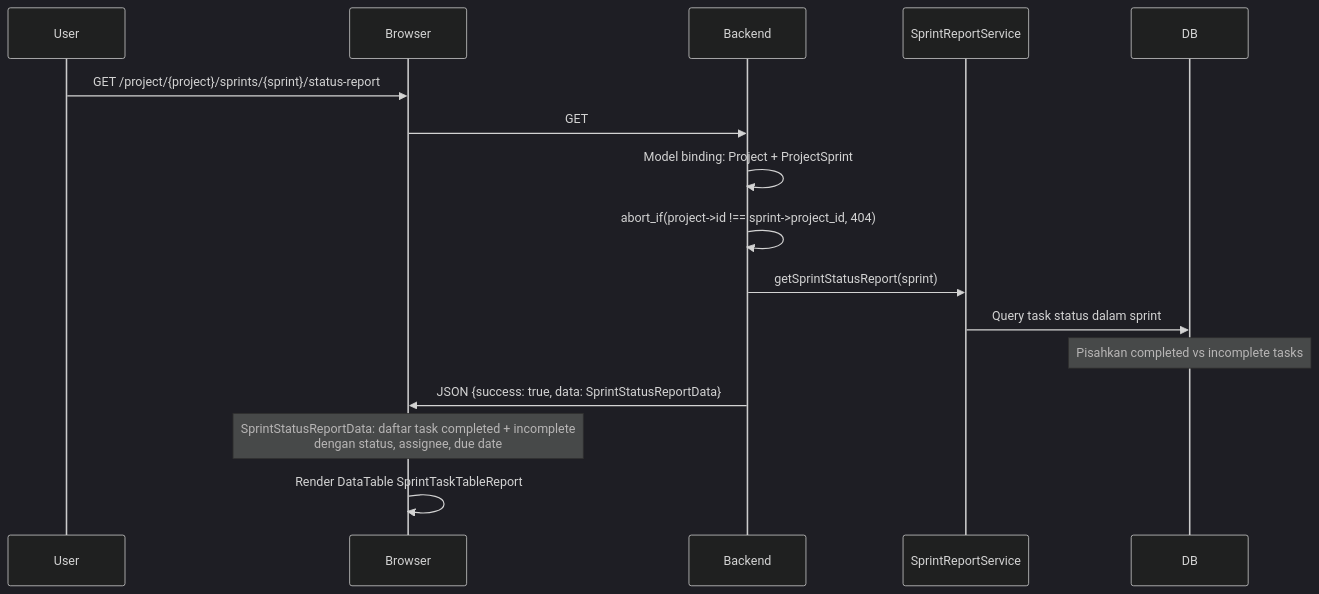
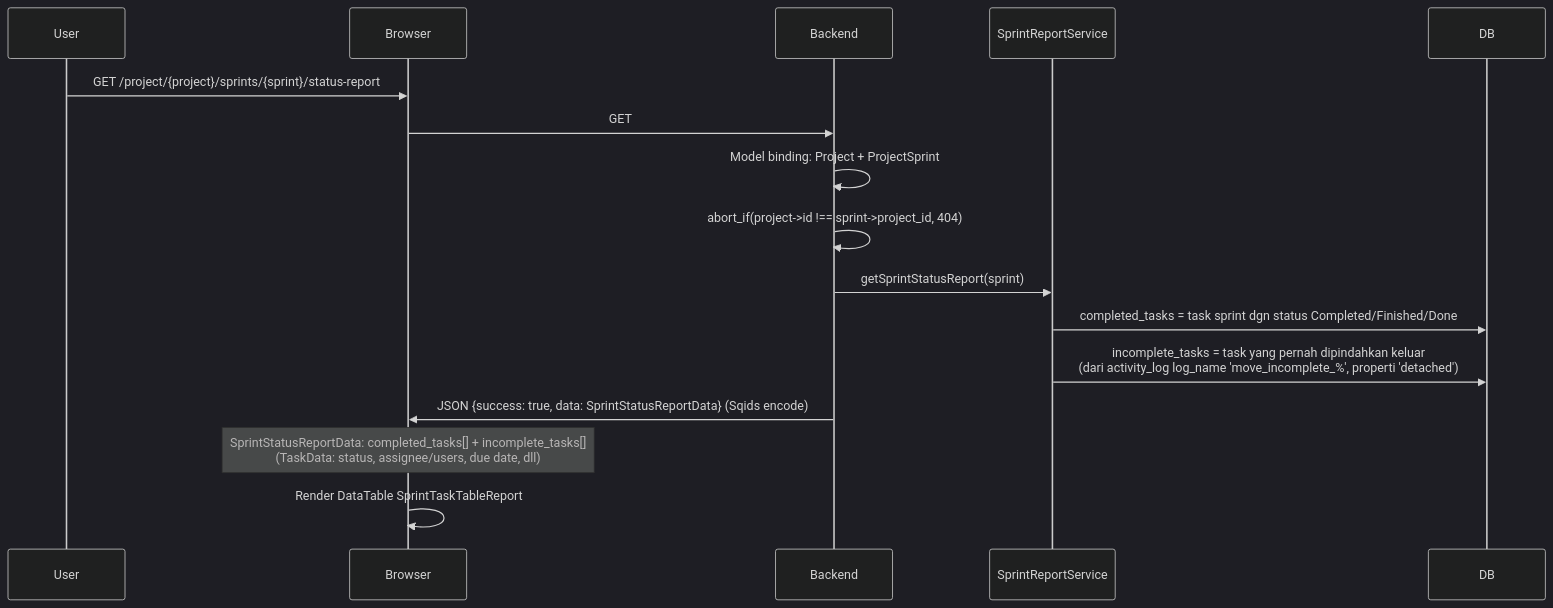
The third of 3 diagrams in docs/sprint/report.md (priamitra273/laptoplain), drawn with Mermaid (dark theme) before and after one commit. The commit also changed other lines of this file and 14 other files, not shown here.

````diff
--- a/docs/sprint/report.md
+++ b/docs/sprint/report.md
@@ -55,16 +56,16 @@
 ```mermaid
 sequenceDiagram
     User->>Browser: GET /project/{project}/sprints/{sprint}/status-report
     Browser->>Backend: GET
 
     Backend->>Backend: Model binding: Project + ProjectSprint
     Backend->>Backend: abort_if(project->id !== sprint->project_id, 404)
 
     Backend->>SprintReportService: getSprintStatusReport(sprint)
-    SprintReportService->>DB: Query task status dalam sprint
-    Note over DB: Pisahkan completed vs incomplete tasks
+    SprintReportService->>DB: completed_tasks = task sprint dgn status Completed/Finished/Done
+    SprintReportService->>DB: incomplete_tasks = task yang pernah dipindahkan keluar<br/>(dari activity_log log_name 'move_incomplete_%', properti 'detached')
 
-    Backend->>Browser: JSON {success: true, data: SprintStatusReportData}
-    Note over Browser: SprintStatusReportData: daftar task completed + incomplete<br/>dengan status, assignee, due date
+    Backend->>Browser: JSON {success: true, data: SprintStatusReportData} (Sqids encode)
+    Note over Browser: SprintStatusReportData: completed_tasks[] + incomplete_tasks[]<br/>(TaskData: status, assignee/users, due date, dll)
     Browser->>Browser: Render DataTable SprintTaskTableReport
 ```
````
